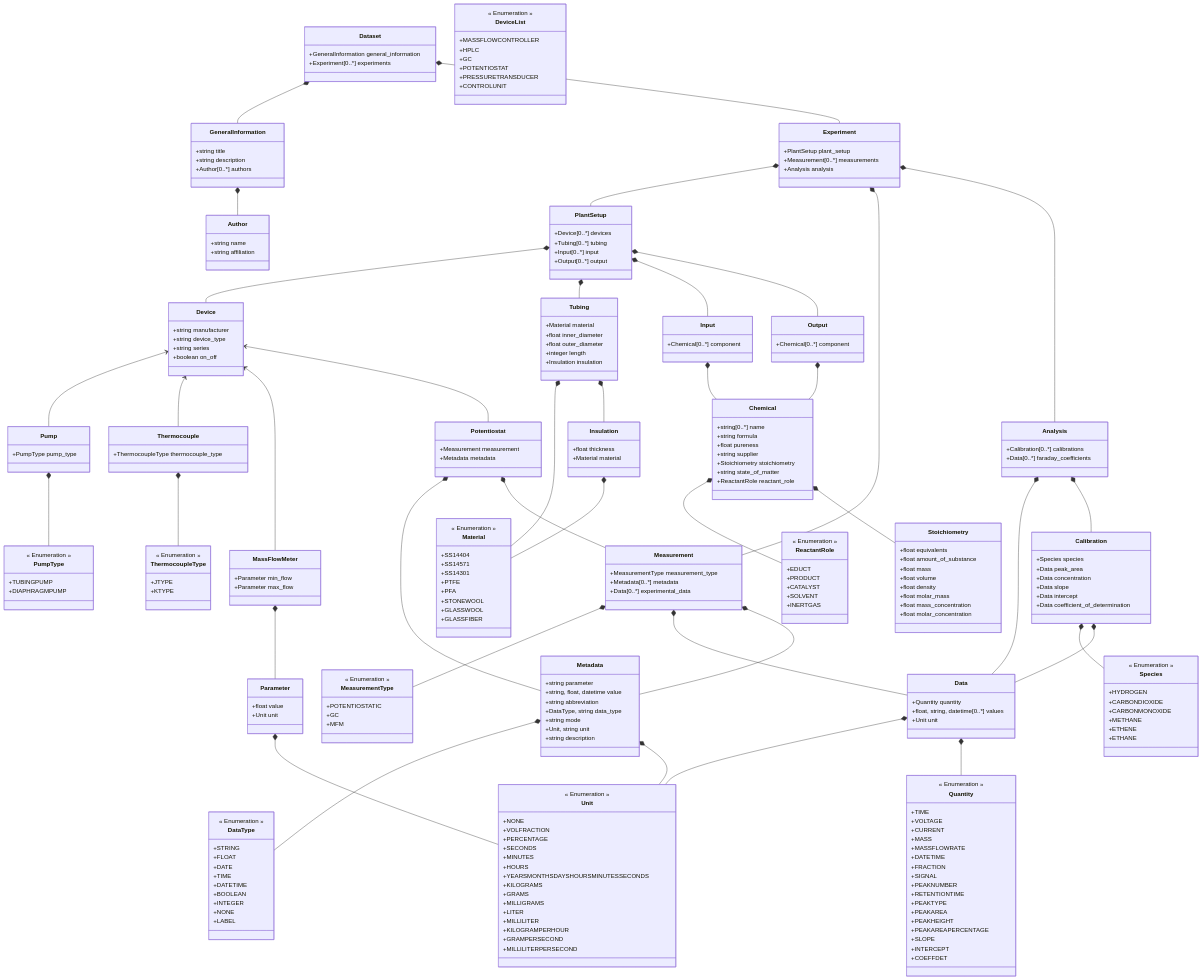
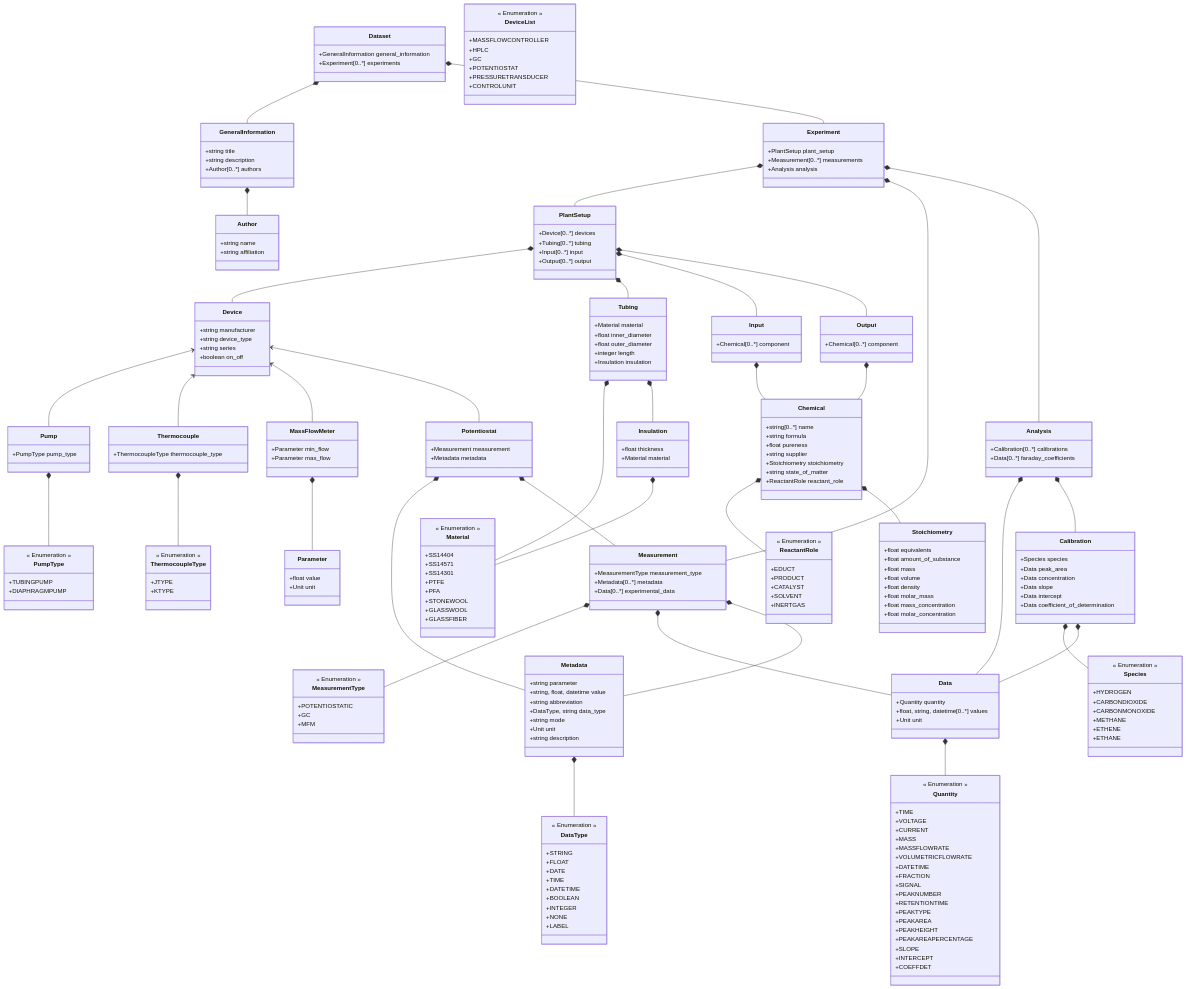
Before and after one commit to FAIRChemistry/FAIRFlow: the diagram in datamodel_b07_tc/schemes/datamodel_b07_tc_schema.md, drawn with Mermaid. The commit also changed 67 other files, not shown here.

```diff
--- a/datamodel_b07_tc/schemes/datamodel_b07_tc_schema.md
+++ b/datamodel_b07_tc/schemes/datamodel_b07_tc_schema.md
@@ -17,7 +17,6 @@
     Pump *-- PumpType
     Thermocouple *-- ThermocoupleType
     MassFlowMeter *-- Parameter
-    Parameter *-- Unit
     Potentiostat *-- Metadata
     Potentiostat *-- Measurement
     Tubing *-- Material
@@ -27,10 +26,8 @@
     Output *-- Chemical
     Chemical *-- ReactantRole
     Chemical *-- Stoichiometry
-    Data *-- Unit
     Data *-- Quantity
     Metadata *-- DataType
-    Metadata *-- Unit
     Measurement *-- MeasurementType
     Measurement *-- Data
     Measurement *-- Metadata
@@ -152,7 +149,7 @@
         +string abbreviation
         +DataType, string data_type
         +string mode
-        +Unit, string unit
+        +Unit unit
         +string description
     }
     
@@ -232,25 +229,6 @@
         +CONTROLUNIT
     }
     
-    class Unit {
-        << Enumeration >>
-        +NONE
-        +VOLFRACTION
-        +PERCENTAGE
-        +SECONDS
-        +MINUTES
-        +HOURS
-        +YEARSMONTHSDAYSHOURSMINUTESSECONDS
-        +KILOGRAMS
-        +GRAMS
-        +MILLIGRAMS
-        +LITER
-        +MILLILITER
-        +KILOGRAMPERHOUR
-        +GRAMPERSECOND
-        +MILLILITERPERSECOND
-    }
-    
     class Quantity {
         << Enumeration >>
         +TIME
@@ -258,6 +236,7 @@
         +CURRENT
         +MASS
         +MASSFLOWRATE
+        +VOLUMETRICFLOWRATE
         +DATETIME
         +FRACTION
         +SIGNAL
```
